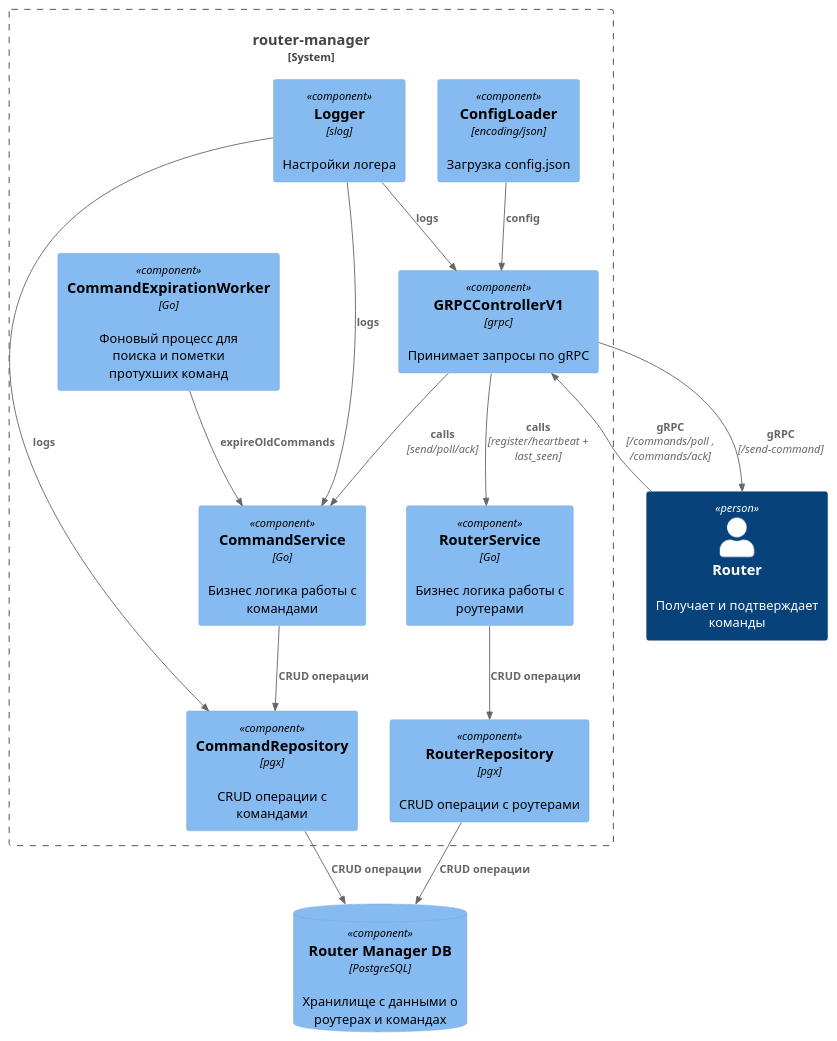
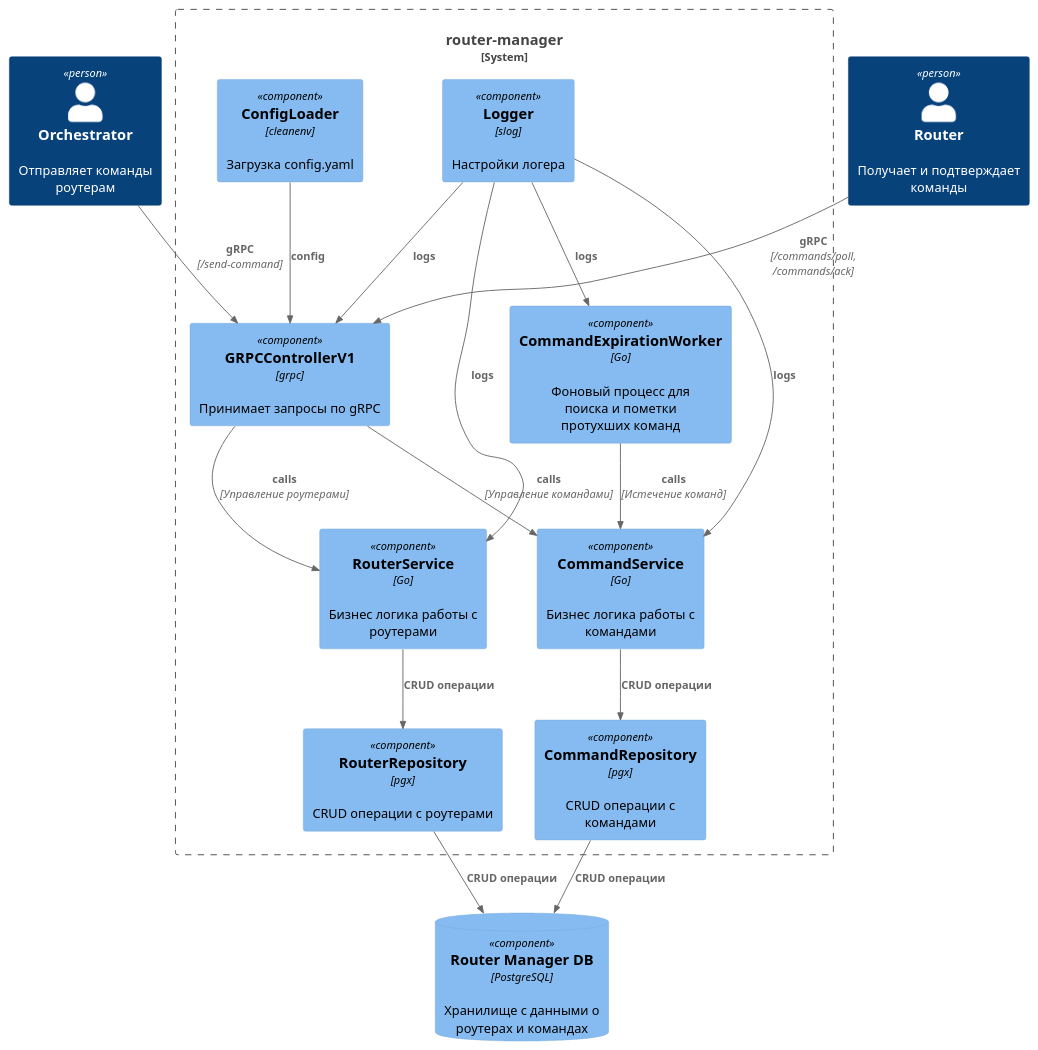
One commit to SinglePlayer56/iot changed the diagram in router-manager/diagrams/component.puml. Above: the diagram before and after it, drawn with PlantUML. The commit also changed 14 other files, not shown here.

```diff
--- a/router-manager/diagrams/component.puml
+++ b/router-manager/diagrams/component.puml
@@ -1,43 +1,45 @@
 @startuml
 !includeurl https://raw.githubusercontent.com/plantuml-stdlib/C4-PlantUML/master/C4_Component.puml
 
+Person(orchestrator, "Orchestrator", "Отправляет команды роутерам")
 Person(router, "Router", "Получает и подтверждает команды")
 
 System_Boundary(router_manager_service, "router-manager") {
 
   Component(grpc_controller, "GRPCControllerV1", "grpc", "Принимает запросы по gRPC")
 
   Component(command_service, "CommandService", "Go", "Бизнес логика работы с командами")
   Component(router_service, "RouterService", "Go", "Бизнес логика работы с роутерами")
 
   Component(expiration_worker, "CommandExpirationWorker", "Go", "Фоновый процесс для поиска и пометки протухших команд")
 
   Component(command_repository, "CommandRepository", "pgx", "CRUD операции с командами")
   Component(router_repository, "RouterRepository", "pgx", "CRUD операции с роутерами")
 
-  Component(config_loader, "ConfigLoader", "encoding/json", "Загрузка config.json")
+  Component(config_loader, "ConfigLoader", "cleanenv", "Загрузка config.yaml")
   Component(log, "Logger", "slog", "Настройки логера")
 
-  Rel(router, grpc_controller, "gRPC", "/commands/poll , /commands/ack")
-  Rel(grpc_controller, router, "gRPC", "/send-command")
+  Rel(orchestrator, grpc_controller, "gRPC", "/send-command")
+  Rel(router, grpc_controller, "gRPC", "/commands/poll, /commands/ack")
 
-  Rel(grpc_controller, command_service, "calls", "send/poll/ack")
-  Rel(grpc_controller, router_service, "calls", "register/heartbeat + last_seen")
+  Rel(grpc_controller, command_service, "calls", "Управление командами")
+  Rel(grpc_controller, router_service, "calls", "Управление роутерами")
 
-  Rel(expiration_worker, command_service, "expireOldCommands")
+  Rel(expiration_worker, command_service, "calls", "Истечение команд")
 
   Rel(command_service, command_repository, "CRUD операции")
   Rel(router_service, router_repository, "CRUD операции")
 
   Rel(config_loader, grpc_controller, "config")
   Rel(log, grpc_controller, "logs")
   Rel(log, command_service, "logs")
-  Rel(log, command_repository, "logs")
+  Rel(log, router_service, "logs")
+  Rel(log, expiration_worker, "logs")
 }
 
 ComponentDb(router_manager_data, "Router Manager DB", "PostgreSQL", "Хранилище с данными о роутерах и командах")
 
 Rel(command_repository, router_manager_data, "CRUD операции")
 Rel(router_repository, router_manager_data, "CRUD операции")
 
 @enduml
```
